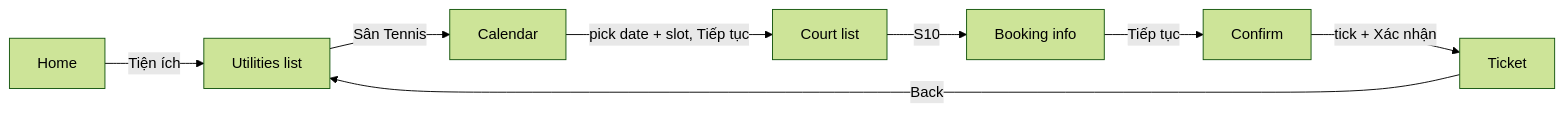
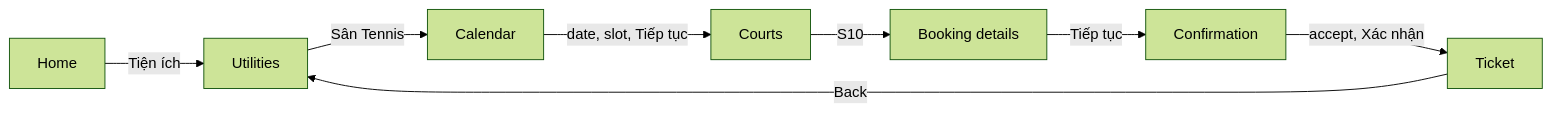
One commit to servedbyhau/vh-tennis-booker changed the diagram in README.md. Above: the diagram before and after it, drawn with Mermaid (forest theme). The commit also changed other lines of this file and 28 other files, not shown here.

````diff
--- a/README.md
+++ b/README.md
@@ -41,10 +33,10 @@
 ```mermaid
 flowchart LR
-    A[Home] -->|Tiện ích| B[Utilities list]
+    A[Home] -->|Tiện ích| B[Utilities]
     B -->|Sân Tennis| C[Calendar]
-    C -->|pick date + slot, Tiếp tục| D[Court list]
-    D -->|S10| E[Booking info]
-    E -->|Tiếp tục| F[Confirm]
-    F -->|tick + Xác nhận| G[Ticket]
+    C -->|date, slot, Tiếp tục| D[Courts]
+    D -->|S10| E[Booking details]
+    E -->|Tiếp tục| F[Confirmation]
+    F -->|accept, Xác nhận| G[Ticket]
     G -->|Back| B
 ```
````
